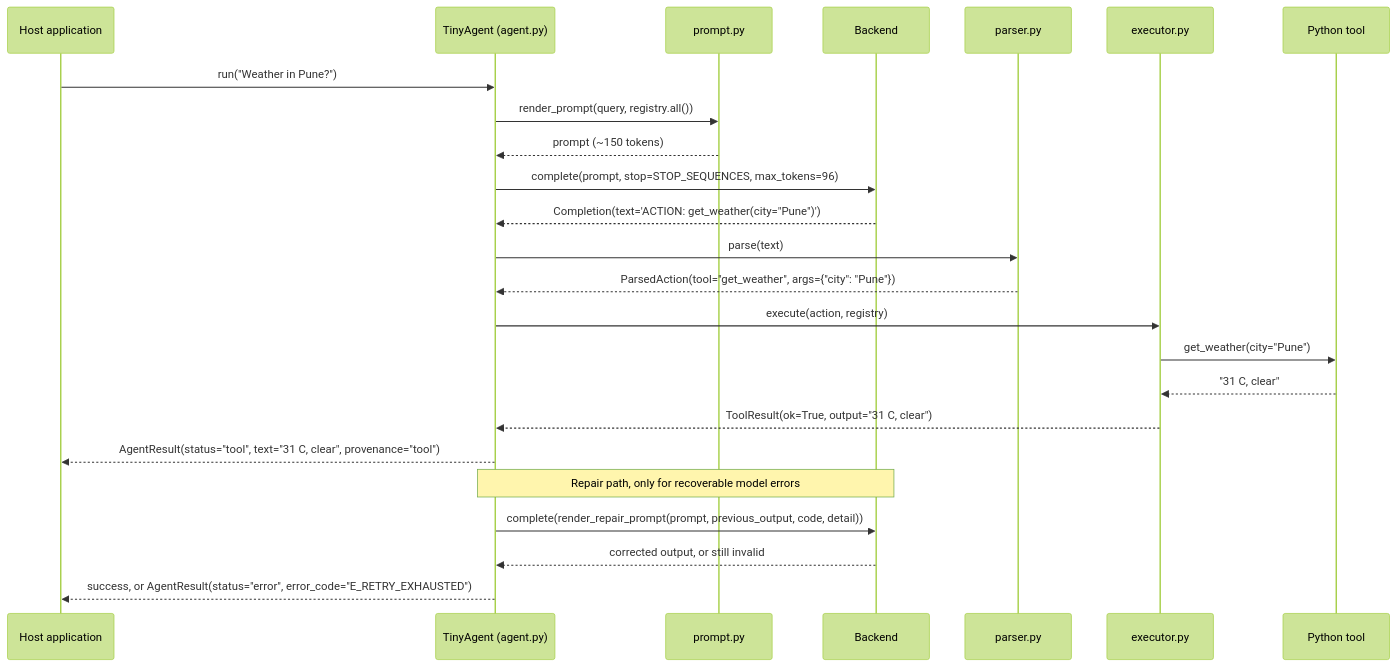
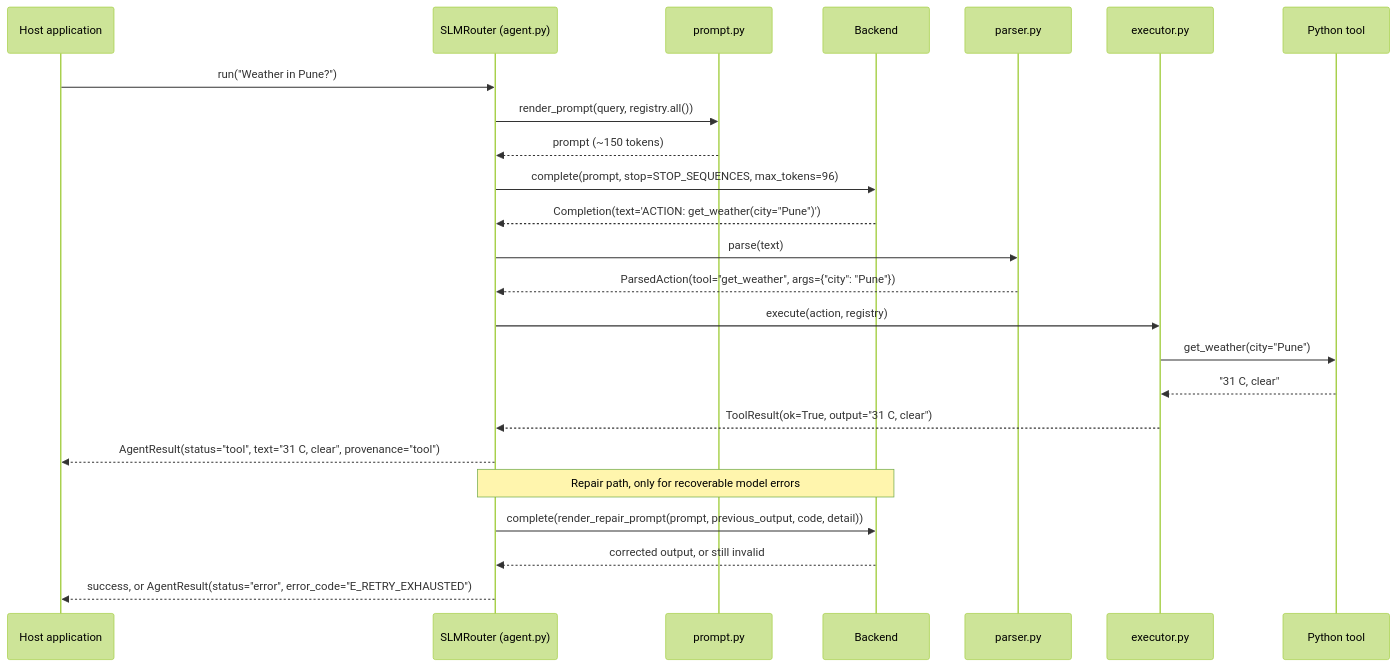
The fourth of 6 diagrams in ARCHITECTURE.md (DYNAMOatGHUB/SLM-Router), drawn with Mermaid (forest theme) before and after one commit. The commit also changed other lines of this file and 61 other files, not shown here.

````diff
--- a/ARCHITECTURE.md
+++ b/ARCHITECTURE.md
@@ -232,28 +232,28 @@
 ```mermaid
 sequenceDiagram
     participant App as Host application
-    participant A as TinyAgent (agent.py)
+    participant A as SLMRouter (agent.py)
     participant P as prompt.py
     participant B as Backend
     participant X as parser.py
     participant E as executor.py
     participant F as Python tool
 
     App->>A: run("Weather in Pune?")
     A->>P: render_prompt(query, registry.all())
     P-->>A: prompt (~150 tokens)
     A->>B: complete(prompt, stop=STOP_SEQUENCES, max_tokens=96)
     B-->>A: Completion(text='ACTION: get_weather(city="Pune")')
     A->>X: parse(text)
     X-->>A: ParsedAction(tool="get_weather", args={"city": "Pune"})
     A->>E: execute(action, registry)
     E->>F: get_weather(city="Pune")
     F-->>E: "31 C, clear"
     E-->>A: ToolResult(ok=True, output="31 C, clear")
     A-->>App: AgentResult(status="tool", text="31 C, clear", provenance="tool")
 
     Note over A,B: Repair path, only for recoverable model errors
     A->>B: complete(render_repair_prompt(prompt, previous_output, code, detail))
     B-->>A: corrected output, or still invalid
     A-->>App: success, or AgentResult(status="error", error_code="E_RETRY_EXHAUSTED")
 ```
````
